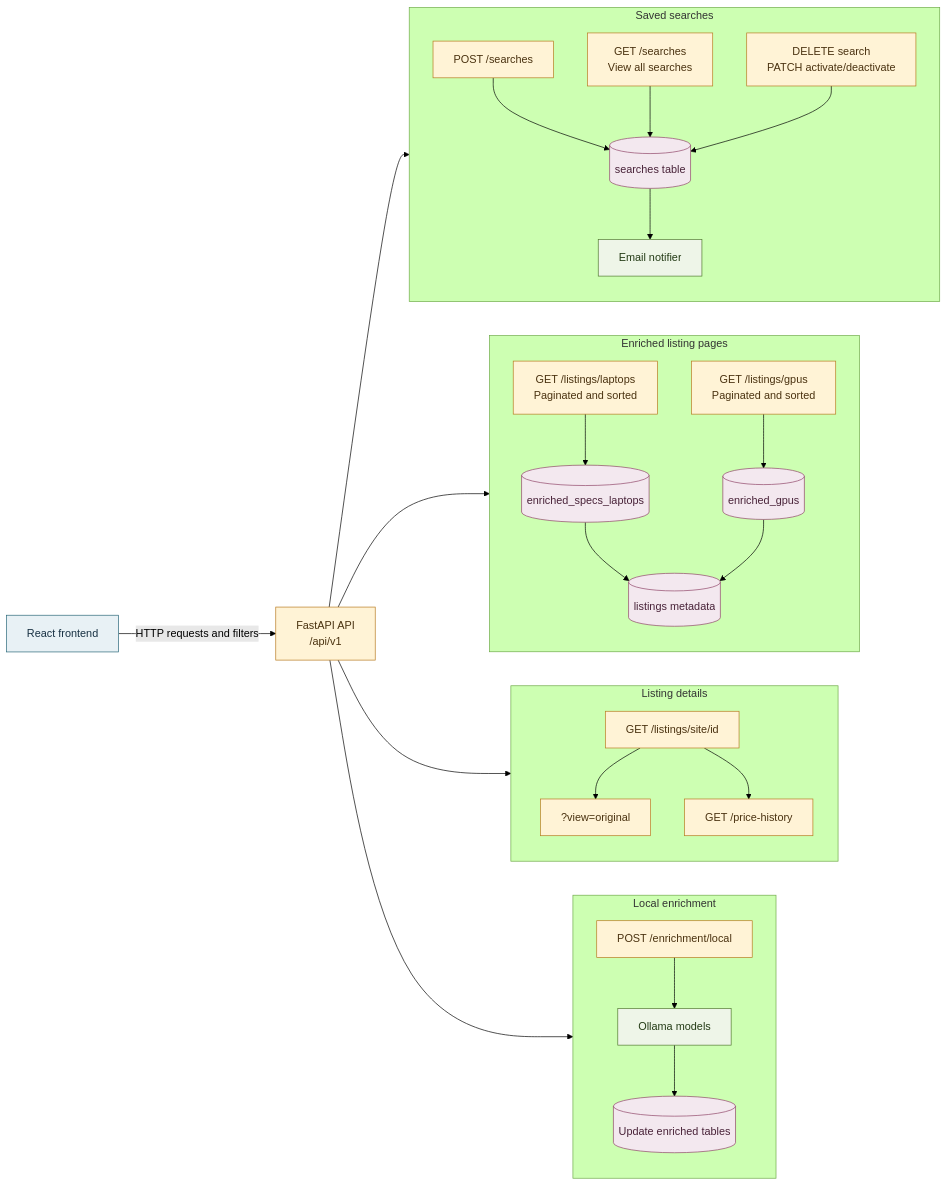
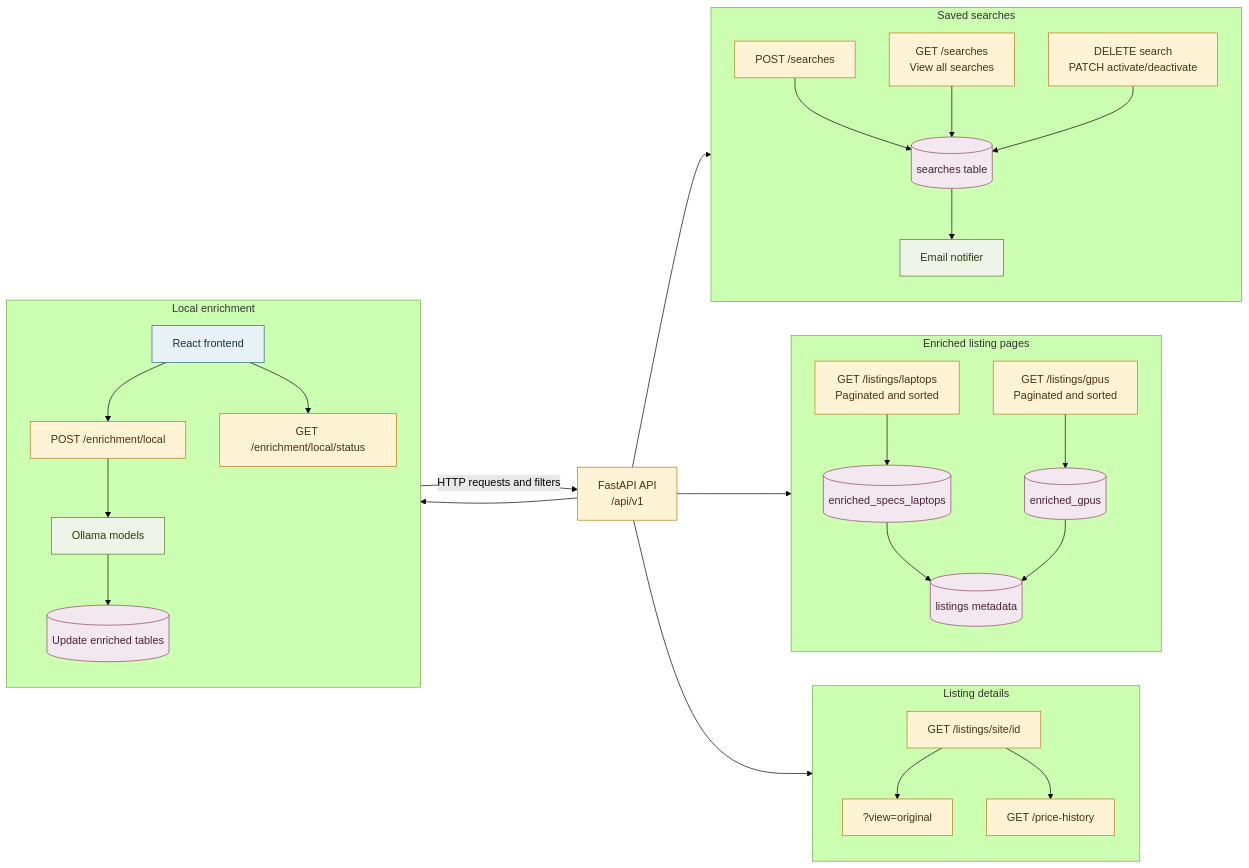
One commit to leviipope/product-finder changed the second of 2 diagrams in docs/ARCHITECTURE.md. Above: the diagram before and after it, drawn with Mermaid (forest theme). The commit also changed other lines of this file and 5 other files, not shown here.

Commit message:
feat: enrichment api

````diff
--- a/docs/ARCHITECTURE.md
+++ b/docs/ARCHITECTURE.md
@@ -23,61 +23,64 @@
 ```mermaid
 flowchart LR
     Frontend["React frontend"] -->|HTTP requests and filters| API["FastAPI API<br/>/api/v1"]
 
     subgraph SearchGroup["Saved searches"]
         direction TB
         AddSearch["POST /searches"]
         ViewSearches["GET /searches<br/>View all searches"]
         ManageSearch["DELETE search<br/>PATCH activate/deactivate"]
         SearchDB[("searches table")]
         Notifier["Email notifier"]
         AddSearch --> SearchDB
         ViewSearches --> SearchDB
         ManageSearch --> SearchDB
         SearchDB --> Notifier
     end
 
     subgraph ListingGroup["Enriched listing pages"]
         direction TB
         LaptopAPI["GET /listings/laptops<br/>Paginated and sorted"]
         GPUAPI["GET /listings/gpus<br/>Paginated and sorted"]
         LaptopData[("enriched_specs_laptops")]
         GPUData[("enriched_gpus")]
         ListingData[("listings metadata")]
         LaptopAPI --> LaptopData
         GPUAPI --> GPUData
         LaptopData --> ListingData
         GPUData --> ListingData
     end
 
     subgraph DetailGroup["Listing details"]
         direction TB
         DetailAPI["GET /listings/site/id"]
         OriginalAPI["?view=original"]
         PriceAPI["GET /price-history"]
         DetailAPI --> OriginalAPI
         DetailAPI --> PriceAPI
     end
 
     subgraph EnrichmentGroup["Local enrichment"]
         direction TB
         StartEnrichment["POST /enrichment/local"]
+        EnrichmentStatus["GET /enrichment/local/status"]
         Ollama["Ollama models"]
         EnrichedTables[("Update enriched tables")]
+        Frontend --> StartEnrichment
+        Frontend --> EnrichmentStatus
         StartEnrichment --> Ollama --> EnrichedTables
     end
 
     API --> SearchGroup
     API --> ListingGroup
     API --> DetailGroup
     API --> EnrichmentGroup
 
     classDef client fill:#e8f1f5,stroke:#276678,color:#173042;
     classDef api fill:#fff3d6,stroke:#b7791f,color:#4a3210;
     classDef data fill:#f3e8ef,stroke:#8f4567,color:#482238;
     classDef process fill:#eef5e8,stroke:#4f772d,color:#243b16;
     class Frontend client;
-    class API,AddSearch,ViewSearches,ManageSearch,LaptopAPI,GPUAPI,DetailAPI,OriginalAPI,PriceAPI,StartEnrichment api;
+    class API,AddSearch,ViewSearches,ManageSearch,LaptopAPI,GPUAPI,DetailAPI,OriginalAPI,PriceAPI,StartEnrichment,EnrichmentStatus api;
     class SearchDB,LaptopData,GPUData,ListingData,EnrichedTables data;
     class Notifier,Ollama process;
 ```
````
